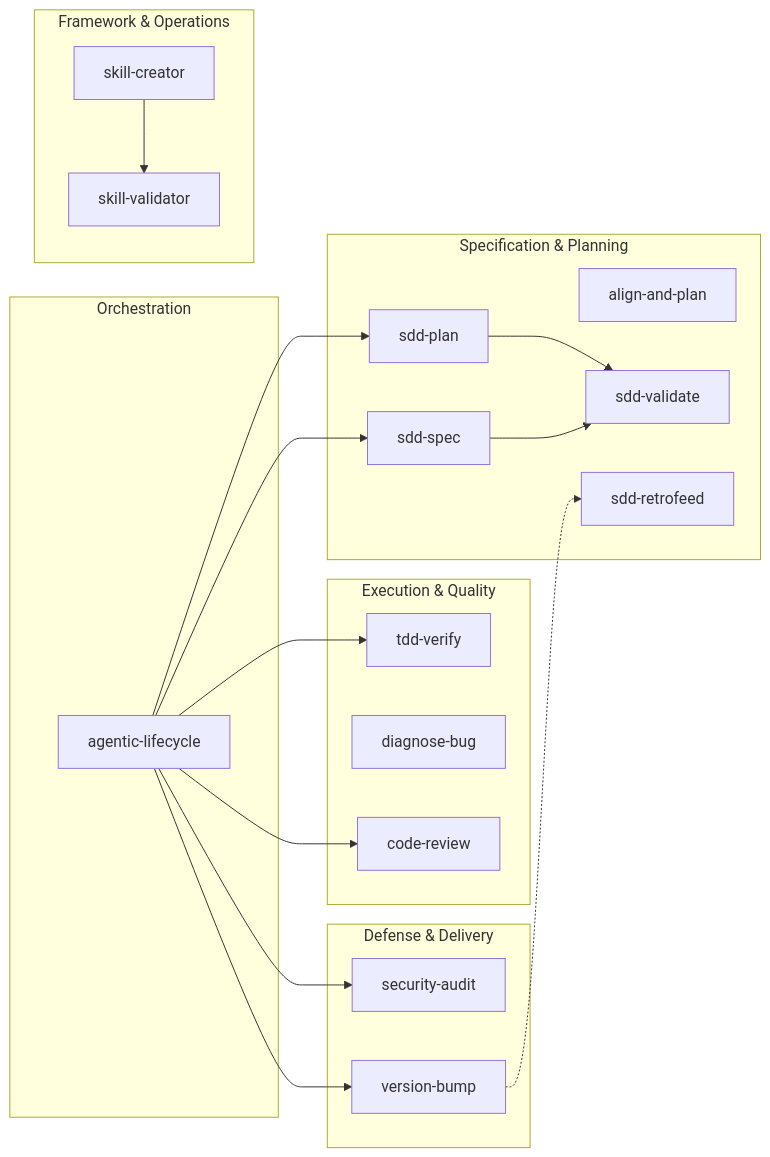
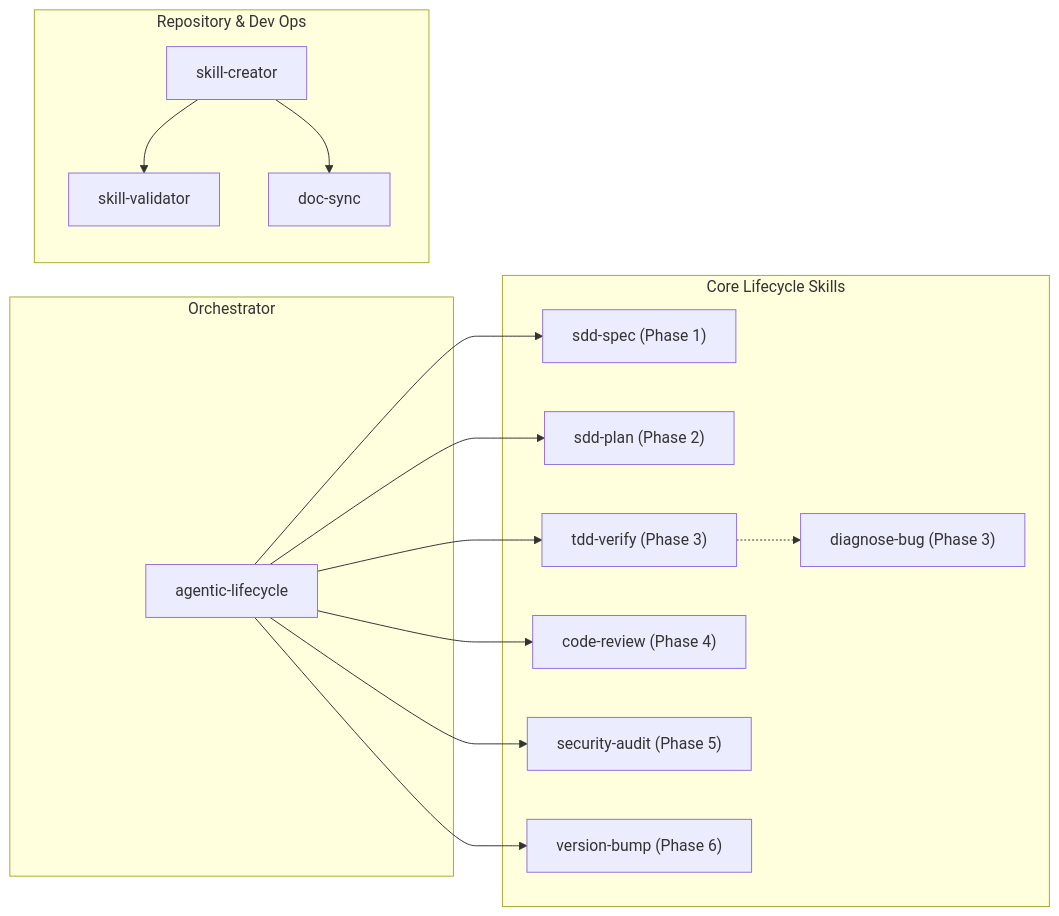
The third of 4 diagrams in README.md (jmblanco/agentic-engineering-framework), drawn with Mermaid before and after one commit. The commit also changed other lines of this file and 8 other files, not shown here.

Commit message:
feat(release): v1.0.0 lean core skills suite, doc-sync automation, and documentation alignment

````diff
--- a/README.md
+++ b/README.md
@@ -90,37 +90,30 @@
 ```mermaid
 graph LR
-    subgraph Orchestration
+    subgraph Orchestration["Orchestrator"]
         AL["agentic-lifecycle"]
     end
-    subgraph SDD_Suite["Specification & Planning"]
-        SS["sdd-spec"]
-        AP["align-and-plan"]
-        SP["sdd-plan"]
-        SV["sdd-validate"]
-        SR["sdd-retrofeed"]
+    subgraph CoreLifecycle["Core Lifecycle Skills"]
+        SS["sdd-spec (Phase 1)"]
+        SP["sdd-plan (Phase 2)"]
+        TV["tdd-verify (Phase 3)"]
+        DB["diagnose-bug (Phase 3)"]
+        CR["code-review (Phase 4)"]
+        SEC["security-audit (Phase 5)"]
+        VB["version-bump (Phase 6)"]
     end
-    subgraph Implementation_Quality["Execution & Quality"]
-        TV["tdd-verify"]
-        DB["diagnose-bug"]
-        CR["code-review"]
-    end
-    subgraph Security_Release["Defense & Delivery"]
-        SEC["security-audit"]
-        VB["version-bump"]
-    end
-    subgraph Skill_Ops["Framework & Operations"]
+    subgraph RepoOps["Repository & Dev Ops"]
         SC["skill-creator"]
-        SKV["skill-validator"]
+        SV["skill-validator"]
+        DS["doc-sync"]
     end
 
     AL --> SS
     AL --> SP
     AL --> TV
     AL --> CR
     AL --> SEC
     AL --> VB
-    SP --> SV
-    SS --> SV
-    VB -.-> SR
-    SC --> SKV
+    TV -.-> DB
+    SC --> SV
+    SC --> DS
 ```
````
